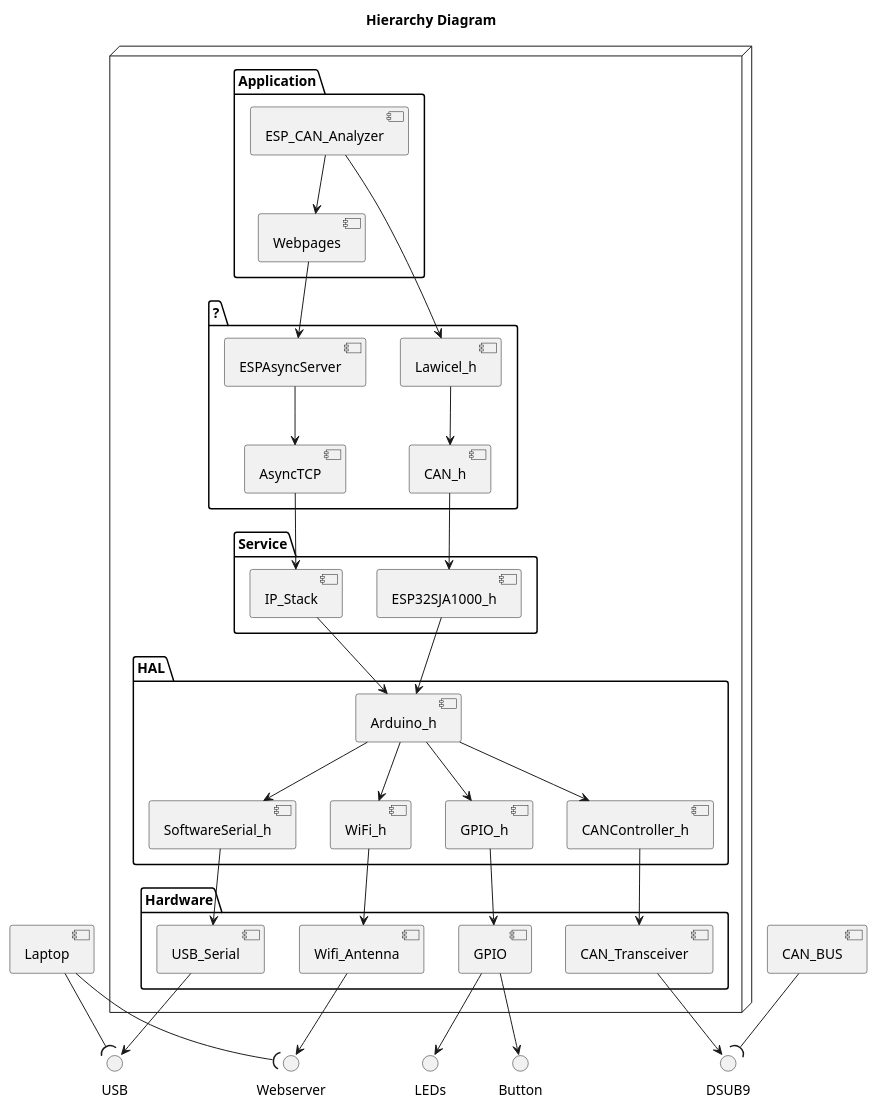
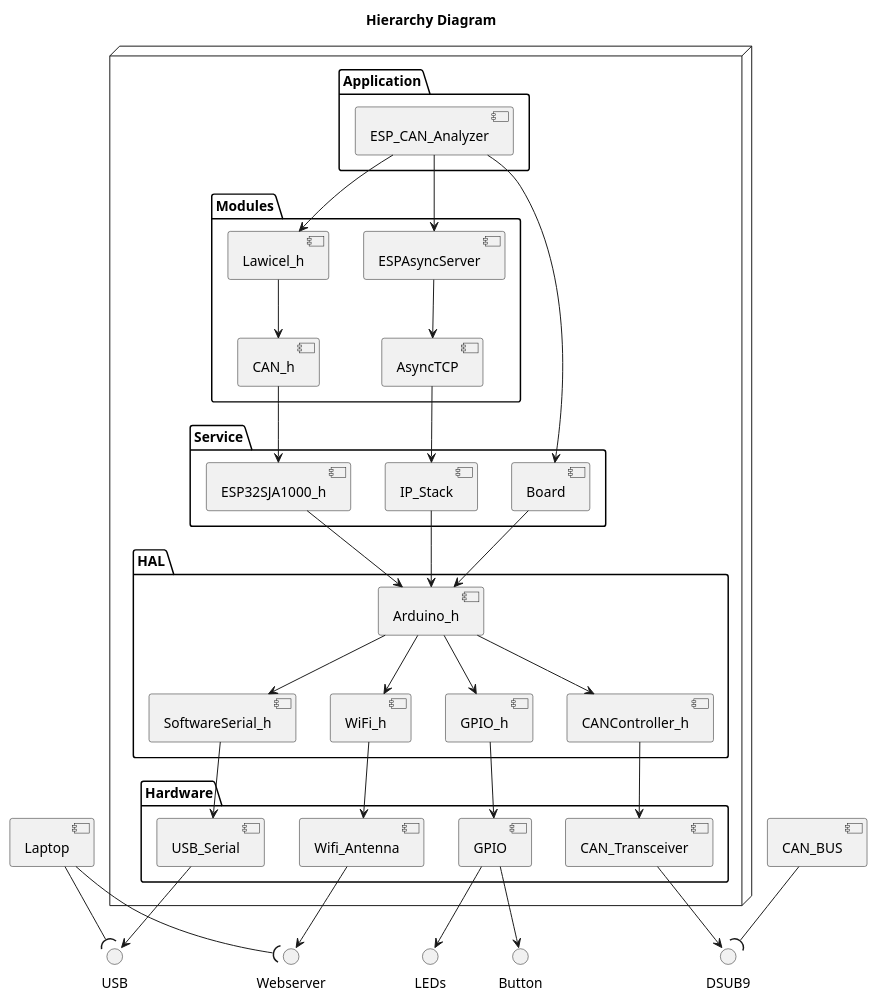
The diagram in Coding/fw/doc/design/FW_Hierarchy.plantuml (NewTec-GmbH/esp32-can-iot), drawn with PlantUML before and after one commit. The commit also changed 5 other files, not shown here.

Commit message:
Wrote Architecture in Readme and fixed Diagrams

```diff
--- a/Coding/fw/doc/design/FW_Hierarchy.plantuml
+++ b/Coding/fw/doc/design/FW_Hierarchy.plantuml
@@ -1,84 +1,83 @@
 @startuml
 
 title Hierarchy Diagram
 
 node {
     package Application{
-        component Webpages
         component ESP_CAN_Analyzer as ESP_CAN
-
     }
 
-    package ?{
+    package Modules{
         component ESPAsyncServer
         component Lawicel_h
         component CAN_h
         component AsyncTCP
     }
 
     package Service{
         component IP_Stack
         component ESP32SJA1000_h
+        component Board
     }
 
 
 
     package HAL {
         component Arduino_h
         component SoftwareSerial_h
         component WiFi_h
         component GPIO_h
         component CANController_h
     }
     package Hardware{
         component USB_Serial
         component GPIO
         component Wifi_Antenna
         component CAN_Transceiver
     }
 }
 interface Webserver
 interface USB
 interface DSUB9
 interface Button
 interface LEDs
 component Laptop
 component CAN_BUS
 
 
 USB_Serial --> USB
 GPIO --> Button
 GPIO --> LEDs
 Wifi_Antenna --> Webserver
 CAN_Transceiver --> DSUB9
 Laptop --( Webserver
 Laptop --( USB
 CAN_BUS --( DSUB9
 
 
 Arduino_h --> SoftwareSerial_h
 Arduino_h --> WiFi_h
 Arduino_h --> GPIO_h
 
 SoftwareSerial_h --> USB_Serial
 WiFi_h --> Wifi_Antenna
 GPIO_h --> GPIO
 
 Lawicel_h --> CAN_h
 IP_Stack --> Arduino_h
 CANController_h --> CAN_Transceiver
 
 ESPAsyncServer --> AsyncTCP
 AsyncTCP --> IP_Stack
 Arduino_h --> CANController_h
 ESP32SJA1000_h --> Arduino_h
 
-
-Webpages --> ESPAsyncServer
 CAN_h --> ESP32SJA1000_h
+Board --> Arduino_h
+ESP_CAN --> Board
 
 ESP_CAN --> Lawicel_h
-ESP_CAN --> Webpages
+ESP_CAN --> ESPAsyncServer
 
 
 @enduml
```
